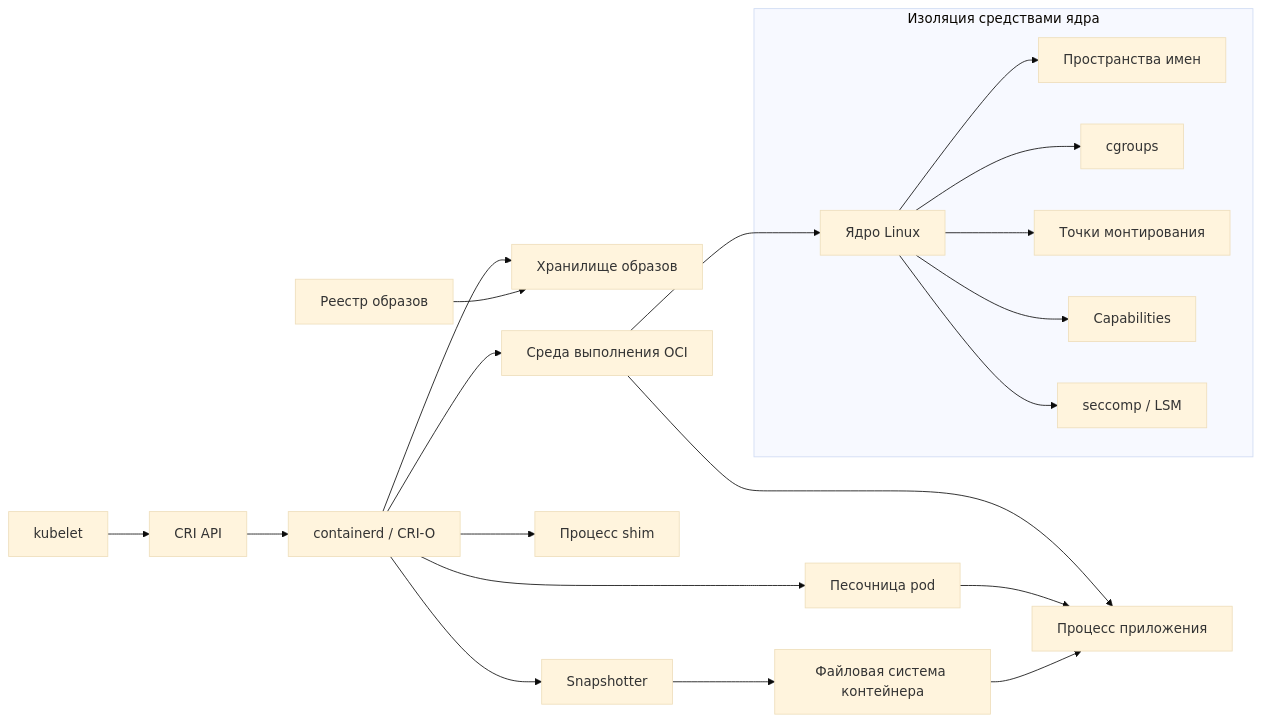
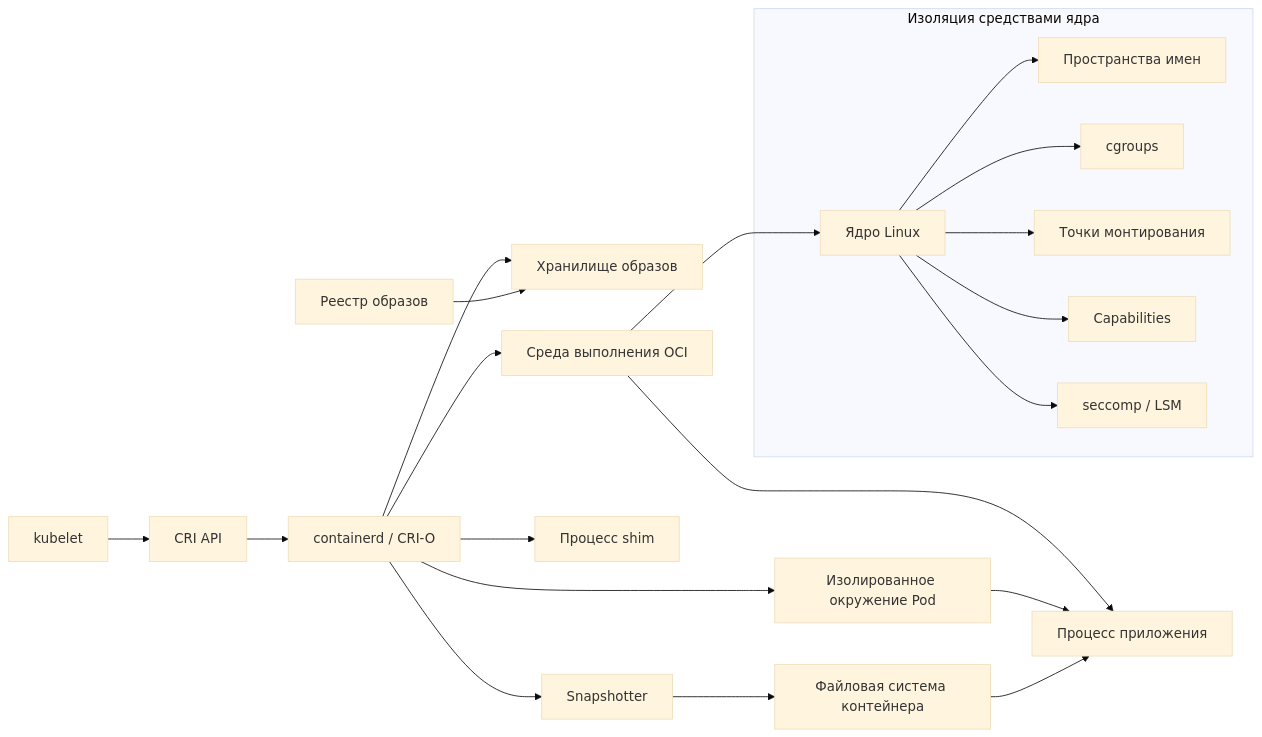
One commit to defrixx/defrixx.github.io changed the fifth of 17 diagrams in reference/infrastructure-technologies/infrastructure-technologies.ru.md. Above: the diagram before and after it, drawn with Mermaid (base theme). The commit also changed other lines of this file and 149 other files, not shown here.

````diff
--- a/reference/infrastructure-technologies/infrastructure-technologies.ru.md
+++ b/reference/infrastructure-technologies/infrastructure-technologies.ru.md
@@ -308,25 +379,25 @@
 ```mermaid
 flowchart LR
   Kubelet["kubelet"] --> CRI["CRI API"]
   CRI --> Runtime["containerd / CRI-O"]
   Runtime --> ImageStore["Хранилище образов"]
   Registry["Реестр образов"] --> ImageStore
   Runtime --> Snapshotter["Snapshotter"]
   Snapshotter --> FS["Файловая система контейнера"]
-  Runtime --> Sandbox["Песочница pod"]
+  Runtime --> Sandbox["Изолированное окружение Pod"]
   Runtime --> Shim["Процесс shim"]
   Runtime --> OCI["Среда выполнения OCI"]
   OCI --> Kernel["Ядро Linux"]
 
   subgraph KernelFeatures["Изоляция средствами ядра"]
     Kernel --> NS["Пространства имен"]
     Kernel --> CG["cgroups"]
     Kernel --> Mounts["Точки монтирования"]
     Kernel --> Caps["Capabilities"]
     Kernel --> Seccomp["seccomp / LSM"]
   end
 
   OCI --> Process["Процесс приложения"]
   Sandbox --> Process
   FS --> Process
 ```
````
